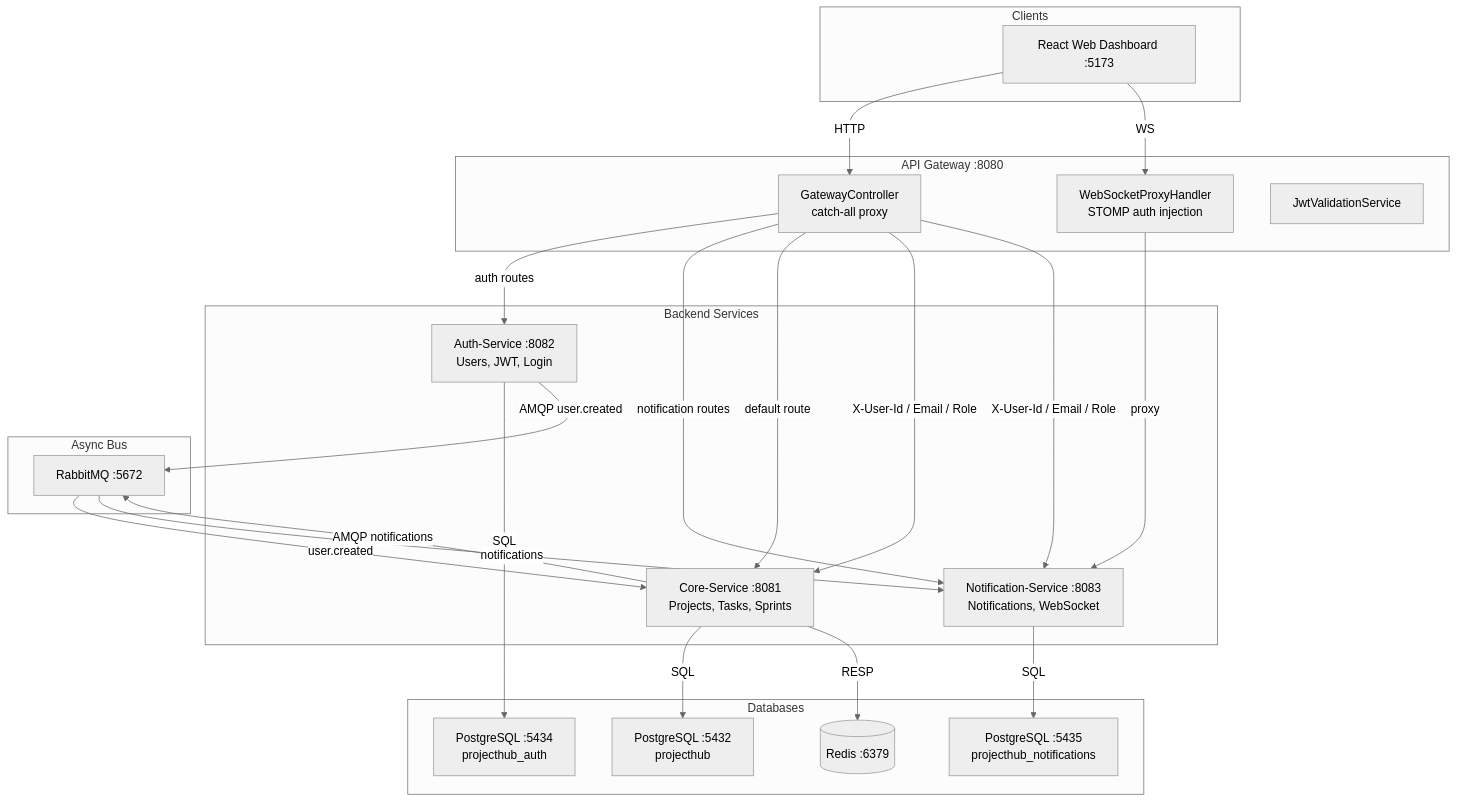
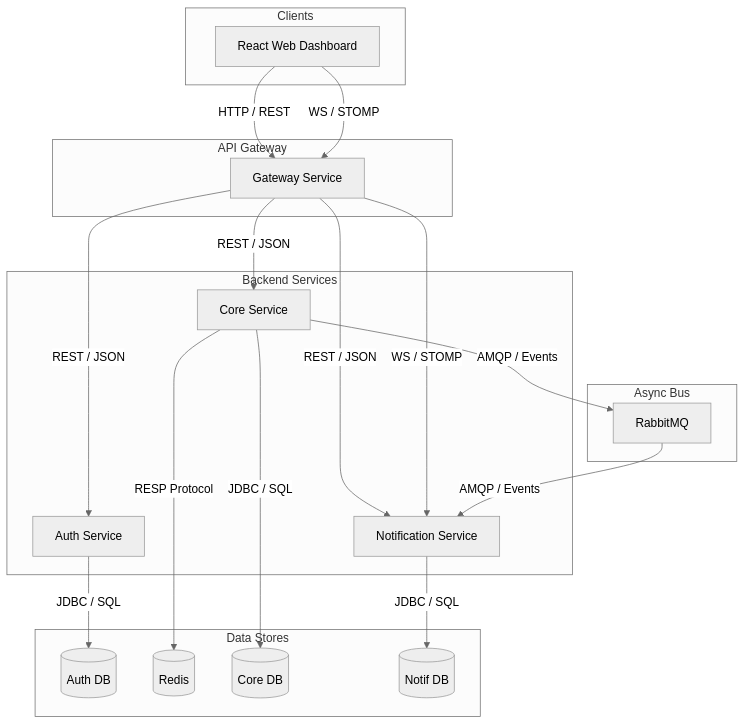
The diagram in docs/architecture/architecture_6July26.md (gnl-org/workhub), drawn with Mermaid (neutral theme) before and after one commit. The commit also changed other lines of this file, not shown here.

Commit message:
fix doc preview

````diff
--- a/docs/architecture/architecture_6July26.md
+++ b/docs/architecture/architecture_6July26.md
@@ -1,50 +1,46 @@
 ```mermaid
 graph TD
     subgraph Clients
-        React[React Web Dashboard :5173]
+        Web[React Web Dashboard]
     end
 
-    subgraph Gateway [API Gateway :8080]
-        MVC[GatewayController<br/>catch-all proxy]
-        WS[WebSocketProxyHandler<br/>STOMP auth injection]
-        JWT[JwtValidationService]
+    subgraph Layer1 [API Gateway]
+        GW[Gateway Service]
     end
 
-    subgraph Backend [Backend Services]
-        Core[Core-Service :8081<br/>Projects, Tasks, Sprints]
-        Auth[Auth-Service :8082<br/>Users, JWT, Login]
-        Notif[Notification-Service :8083<br/>Notifications, WebSocket]
+    subgraph Services [Backend Services]
+        Auth[Auth Service]
+        Core[Core Service]
+        Notif[Notification Service]
     end
 
-    subgraph Data [Databases]
-        PG_Core[PostgreSQL :5432<br/>projecthub]
-        PG_Auth[PostgreSQL :5434<br/>projecthub_auth]
-        PG_Notif[PostgreSQL :5435<br/>projecthub_notifications]
-        Redis[(Redis :6379)]
+    subgraph Bus [Async Bus]
+        Q[RabbitMQ]
     end
 
-    subgraph Messaging [Async Bus]
-        RMQ[RabbitMQ :5672]
+    subgraph Stores [Data Stores]
+        PA[(Auth DB)]
+        R[(Redis)]
+        PC[(Core DB)]
+        PN[(Notif DB)]
     end
 
-    React -->|HTTP| MVC
-    React -->|WS| WS
+    %% Request Flows
+    Web -->|HTTP / REST| GW
+    Web -->|WS / STOMP| GW
 
-    MVC -->|auth routes| Auth
-    MVC -->|notification routes| Notif
-    MVC -->|default route| Core
-    WS -->|proxy| Notif
+    GW -->|REST / JSON| Auth
+    GW -->|REST / JSON| Core
+    GW -->|REST / JSON| Notif
+    GW -->|WS / STOMP| Notif
 
-    Auth -->|SQL| PG_Auth
-    Core -->|SQL| PG_Core
-    Core -->|RESP| Redis
-    Notif -->|SQL| PG_Notif
+    %% Persistence Flows
+    Auth -->|JDBC / SQL| PA
+    Core -->|JDBC / SQL| PC
+    Core -->|RESP Protocol| R
+    Notif -->|JDBC / SQL| PN
 
-    Auth -->|AMQP user.created| RMQ
-    RMQ -->|user.created| Core
-    Core -->|AMQP notifications| RMQ
-    RMQ -->|notifications| Notif
-
-    MVC -->|X-User-Id / Email / Role| Core
-    MVC -->|X-User-Id / Email / Role| Notif
+    %% Async Flows
+    Core -->|AMQP / Events| Q
+    Q -->|AMQP / Events| Notif
 ```
````
